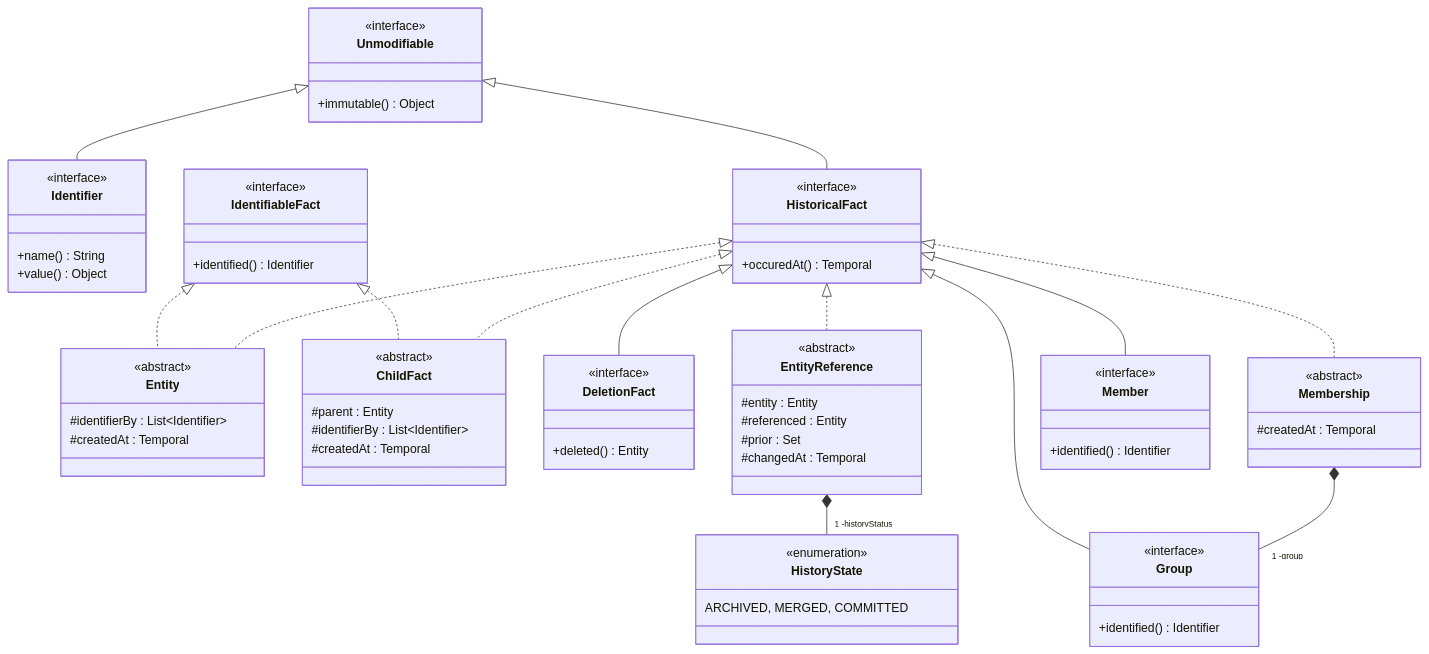
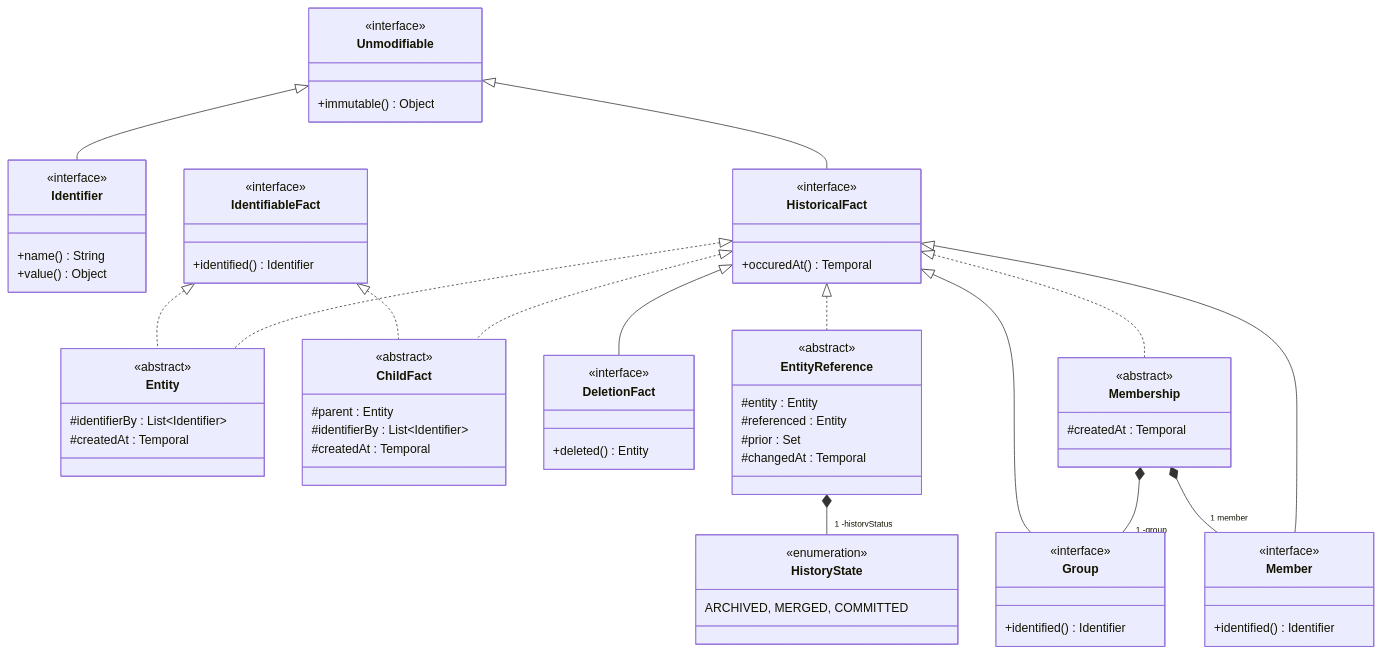
The diagram in implementations-line/framework/immutable/README.md (cybnity/foundation), drawn with Mermaid before and after one commit.

````diff
--- a/implementations-line/framework/immutable/README.md
+++ b/implementations-line/framework/immutable/README.md
@@ -27,72 +27,73 @@
 ```mermaid
 classDiagram
     Unmodifiable <|-- Identifier
     IdentifiableFact <|.. Entity
     HistoricalFact <|.. Entity
     IdentifiableFact <|.. ChildFact
     Unmodifiable <|-- HistoricalFact
     HistoricalFact <|.. ChildFact
     HistoricalFact <|-- DeletionFact
     HistoricalFact <|.. EntityReference
     EntityReference *-- "1 -historyStatus" HistoryState
     HistoricalFact <|-- Group
     HistoricalFact <|.. Membership
+    Membership *-- "1 -group" Group
+    Membership *-- "1 member" Member
     HistoricalFact <|-- Member
-    Membership *-- "1 -group" Group
 
     class HistoricalFact {
         <<interface>>
         +occuredAt() Temporal
     }
     class IdentifiableFact {
         <<interface>>
         +identified() Identifier
     }
     class Entity {
         <<abstract>>
         #identifierBy : List~Identifier~
         #createdAt : Temporal
     }
     class ChildFact {
         <<abstract>>
         #parent : Entity
         #identifierBy : List~Identifier~
         #createdAt : Temporal
     }
     class DeletionFact {
         <<interface>>
         +deleted() Entity
     }
     class Unmodifiable {
         <<interface>>
         +immutable() Object
     }
     class Identifier {
         <<interface>>
         +name() String
         +value() Object
     }
     class HistoryState {
         <<enumeration>>
         ARCHIVED, MERGED, COMMITTED
     }
     class EntityReference {
         <<abstract>>
         #entity : Entity
         #referenced : Entity
         #prior : Set<EntityReference>
         #changedAt : Temporal
     }
     class Group {
         <<interface>>
         +identified() Identifier
     }
     class Member {
         <<interface>>
         +identified() Identifier
     }
     class Membership {
         <<abstract>>
         #createdAt : Temporal
     }
 ```
````
